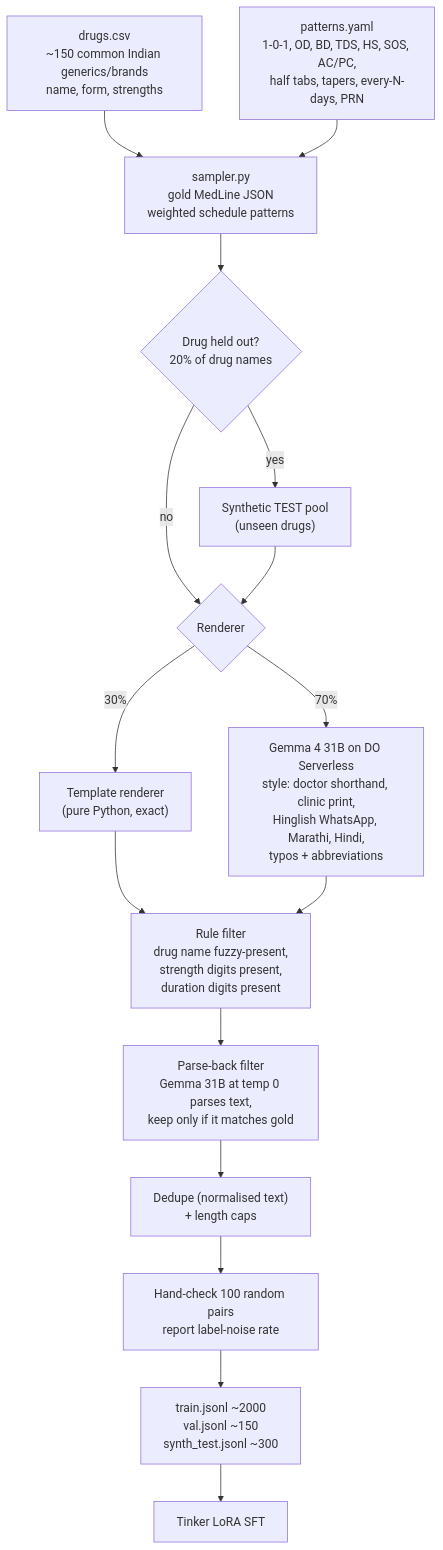
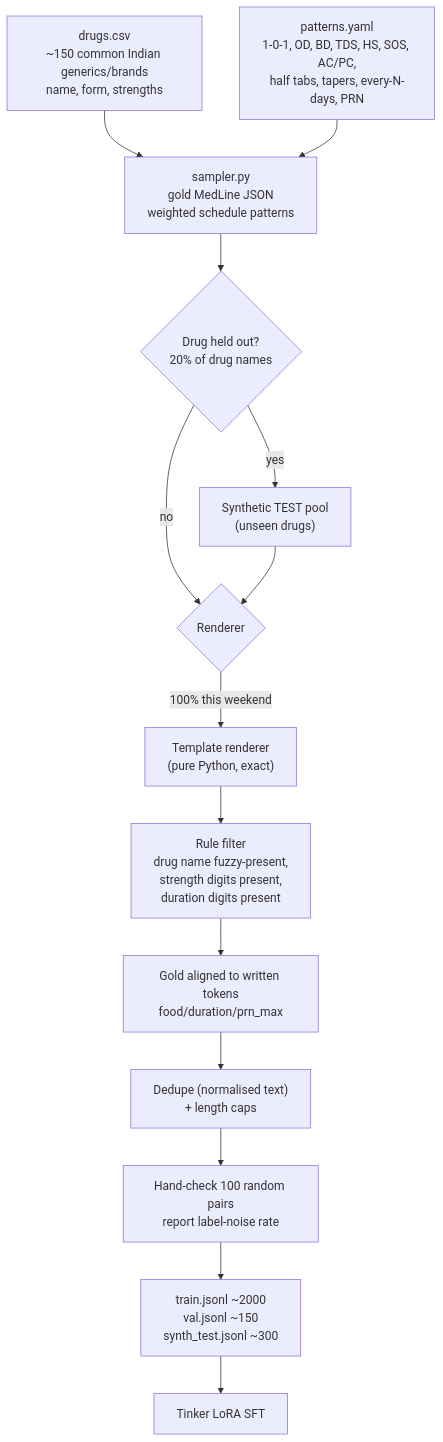
The third of 4 diagrams in IDEA.md (Vedant817/aaji-pill-clerk), drawn with Mermaid before and after one commit. The commit also changed other lines of this file and 45 other files, not shown here.

````diff
--- a/IDEA.md
+++ b/IDEA.md
@@ -238,18 +237,16 @@
 ```mermaid
 flowchart TD
     D["drugs.csv<br/>~150 common Indian generics/brands<br/>name, form, strengths"] --> S["sampler.py<br/>gold MedLine JSON<br/>weighted schedule patterns"]
     P["patterns.yaml<br/>1-0-1, OD, BD, TDS, HS, SOS, AC/PC,<br/>half tabs, tapers, every-N-days, PRN"] --> S
     S --> SPLIT{"Drug held out?<br/>20% of drug names"}
     SPLIT -->|"no"| R
     SPLIT -->|"yes"| RT["Synthetic TEST pool<br/>(unseen drugs)"]
     RT --> R
-    R{"Renderer"} -->|"30%"| T["Template renderer<br/>(pure Python, exact)"]
-    R -->|"70%"| L["Gemma 4 31B on DO Serverless<br/>style: doctor shorthand, clinic print,<br/>Hinglish WhatsApp, Marathi, Hindi,<br/>typos + abbreviations"]
-    T --> F1
-    L --> F1["Rule filter<br/>drug name fuzzy-present,<br/>strength digits present,<br/>duration digits present"]
-    F1 --> F2["Parse-back filter<br/>Gemma 31B at temp 0 parses text,<br/>keep only if it matches gold"]
+    R{"Renderer"} -->|"100% this weekend"| T["Template renderer<br/>(pure Python, exact)"]
+    T --> F1["Rule filter<br/>drug name fuzzy-present,<br/>strength digits present,<br/>duration digits present"]
+    F1 --> F2["Gold aligned to written tokens<br/>food/duration/prn_max"]
     F2 --> DD["Dedupe (normalised text)<br/>+ length caps"]
     DD --> HC["Hand-check 100 random pairs<br/>report label-noise rate"]
     HC --> OUT["train.jsonl ~2000<br/>val.jsonl ~150<br/>synth_test.jsonl ~300"]
     OUT --> TK["Tinker LoRA SFT"]
 ```
````
